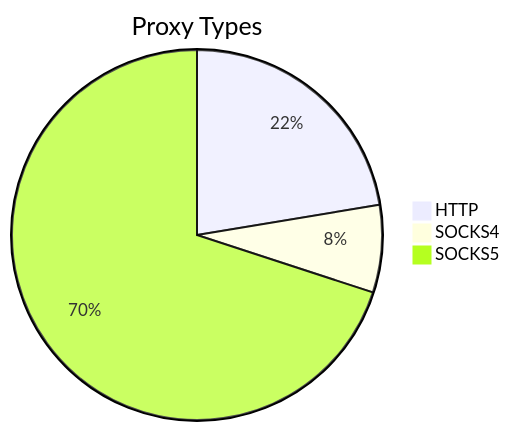
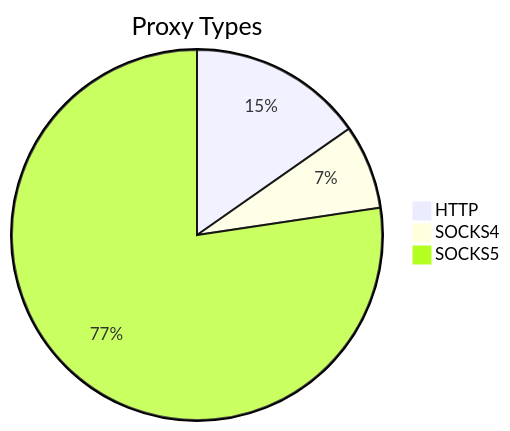
The first of 2 diagrams in README.md (stormsia/proxy-list), drawn with Mermaid before and after one commit. The commit also changed other lines of this file, not shown here.

````diff
--- a/README.md
+++ b/README.md
@@ -21,6 +21,6 @@
 ```mermaid
 pie title Proxy Types
-    "HTTP" : 214
-    "SOCKS4" : 73
-    "SOCKS5" : 669
+    "HTTP" : 133
+    "SOCKS4" : 64
+    "SOCKS5" : 673
 ```
````
